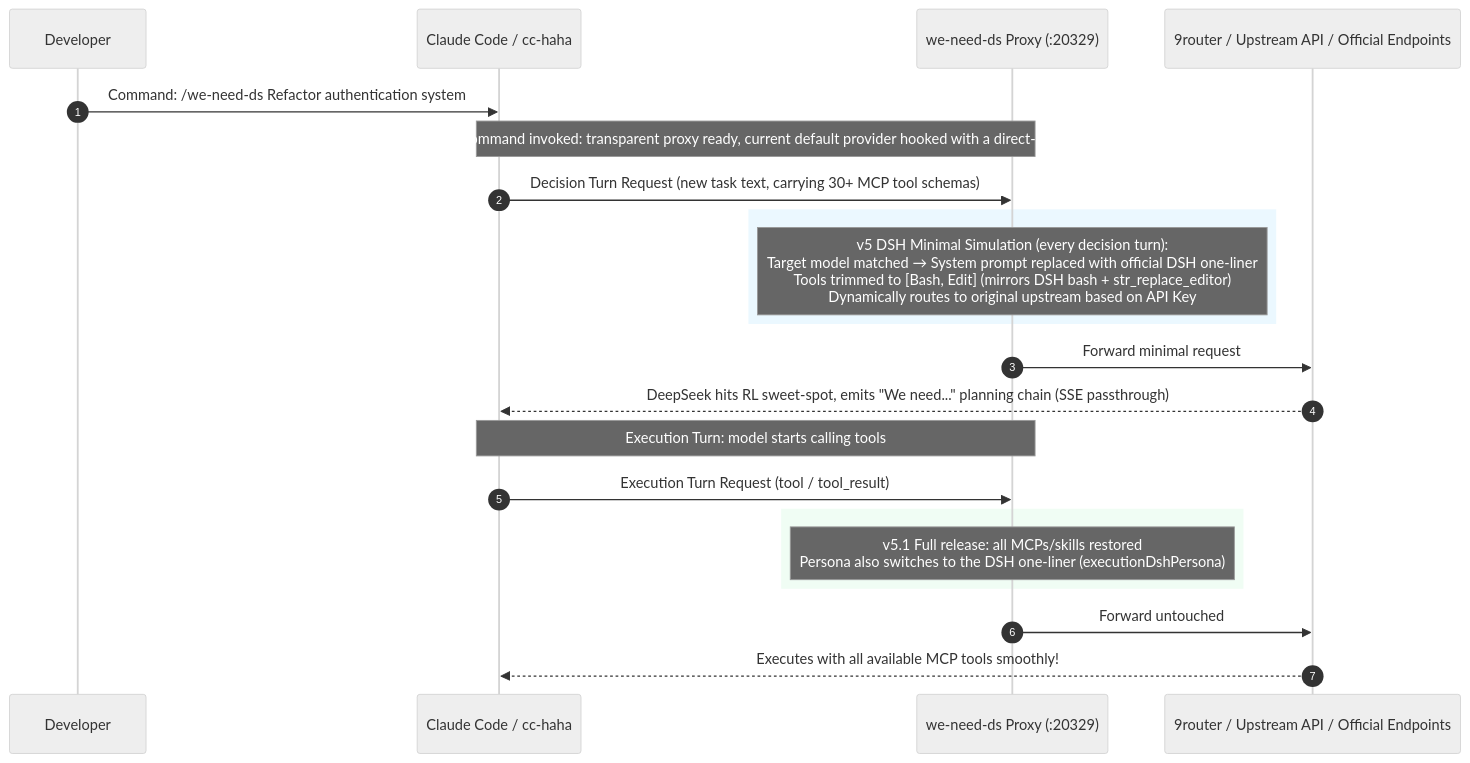
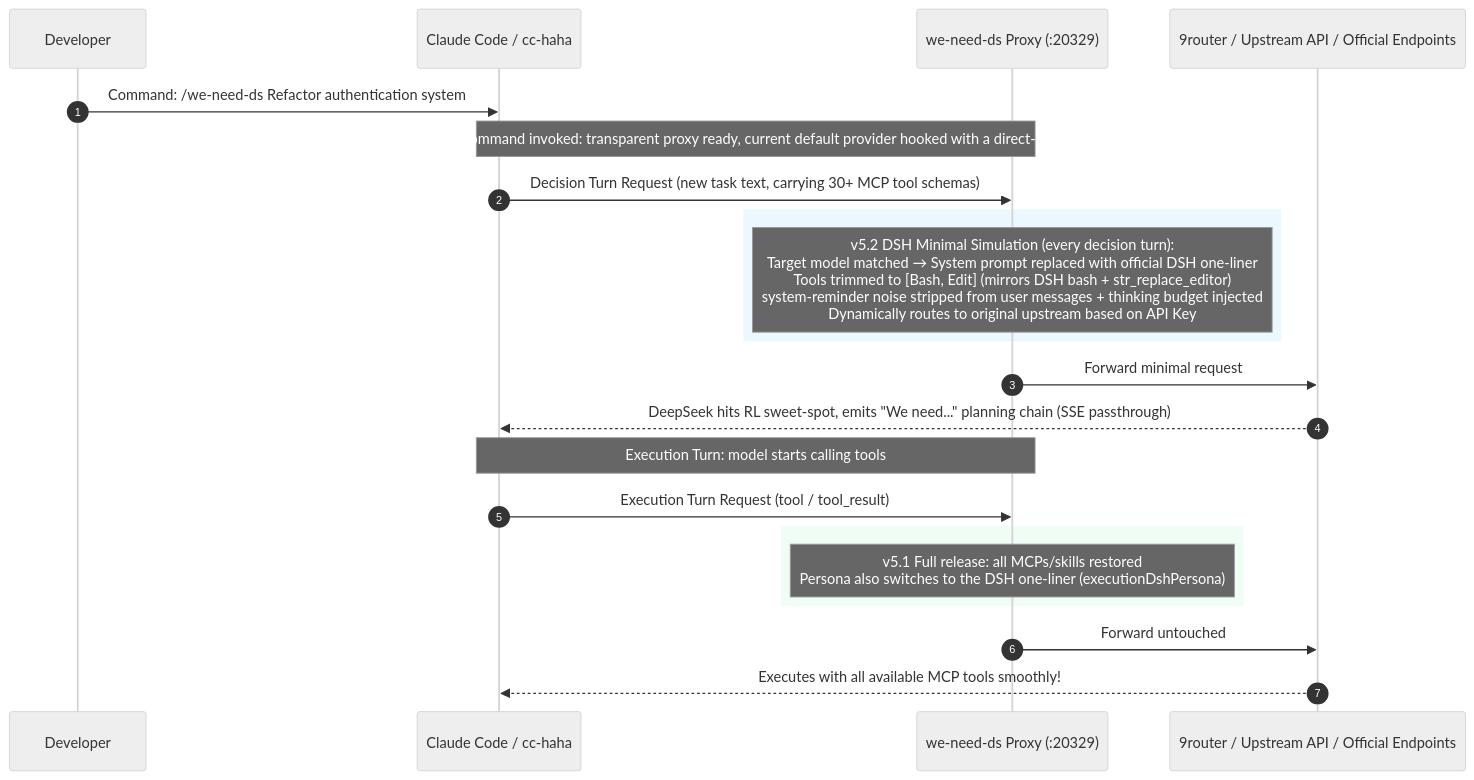
Before and after one commit to YixuAnsensei/we-need-ds: the diagram in README_EN.md, drawn with Mermaid (neutral theme). The commit also changed other lines of this file and 9 other files, not shown here.

First line of the commit message:
fix: 判定轮注入 thinking + 剥离 system-reminder，修复 "We need" 实测不触发 (v2.4.3)

````diff
--- a/README_EN.md
+++ b/README_EN.md
@@ -36,29 +36,29 @@
 ```mermaid
 sequenceDiagram
     autonumber
     participant User as Developer
     participant CC as Claude Code / cc-haha
     participant Proxy as we-need-ds Proxy (:20329)
     participant Router as 9router / Upstream API / Official Endpoints
 
     User->>CC: Command: /we-need-ds Refactor authentication system
     Note over CC,Proxy: Session starts / Command invoked: transparent proxy ready, current default provider hooked with a direct-copy escape hatch
     CC->>Proxy: Decision Turn Request (new task text, carrying 30+ MCP tool schemas)
     
     rect rgb(235, 248, 255)
-    Note over Proxy: v5 DSH Minimal Simulation (every decision turn):<br/>Target model matched → System prompt replaced with official DSH one-liner<br/>Tools trimmed to [Bash, Edit] (mirrors DSH bash + str_replace_editor)<br/>Dynamically routes to original upstream based on API Key
+    Note over Proxy: v5.2 DSH Minimal Simulation (every decision turn):<br/>Target model matched → System prompt replaced with official DSH one-liner<br/>Tools trimmed to [Bash, Edit] (mirrors DSH bash + str_replace_editor)<br/>system-reminder noise stripped from user messages + thinking budget injected<br/>Dynamically routes to original upstream based on API Key
     end
     
     Proxy->>Router: Forward minimal request
     Router-->>CC: DeepSeek hits RL sweet-spot, emits "We need..." planning chain (SSE passthrough)
     
     Note over CC,Proxy: Execution Turn: model starts calling tools
     CC->>Proxy: Execution Turn Request (tool / tool_result)
     
     rect rgb(240, 253, 244)
     Note over Proxy: v5.1 Full release: all MCPs/skills restored<br/>Persona also switches to the DSH one-liner (executionDshPersona)
     end
     
     Proxy->>Router: Forward untouched
     Router-->>CC: Executes with all available MCP tools smoothly!
 ```
````
